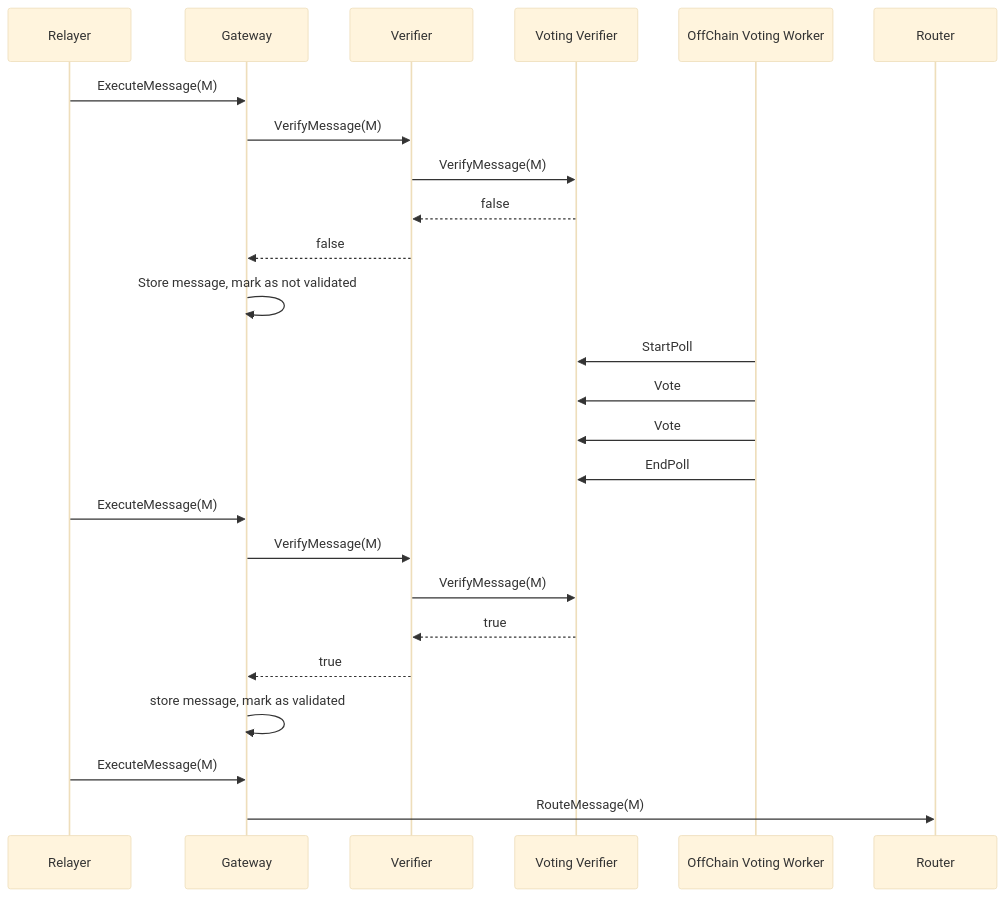
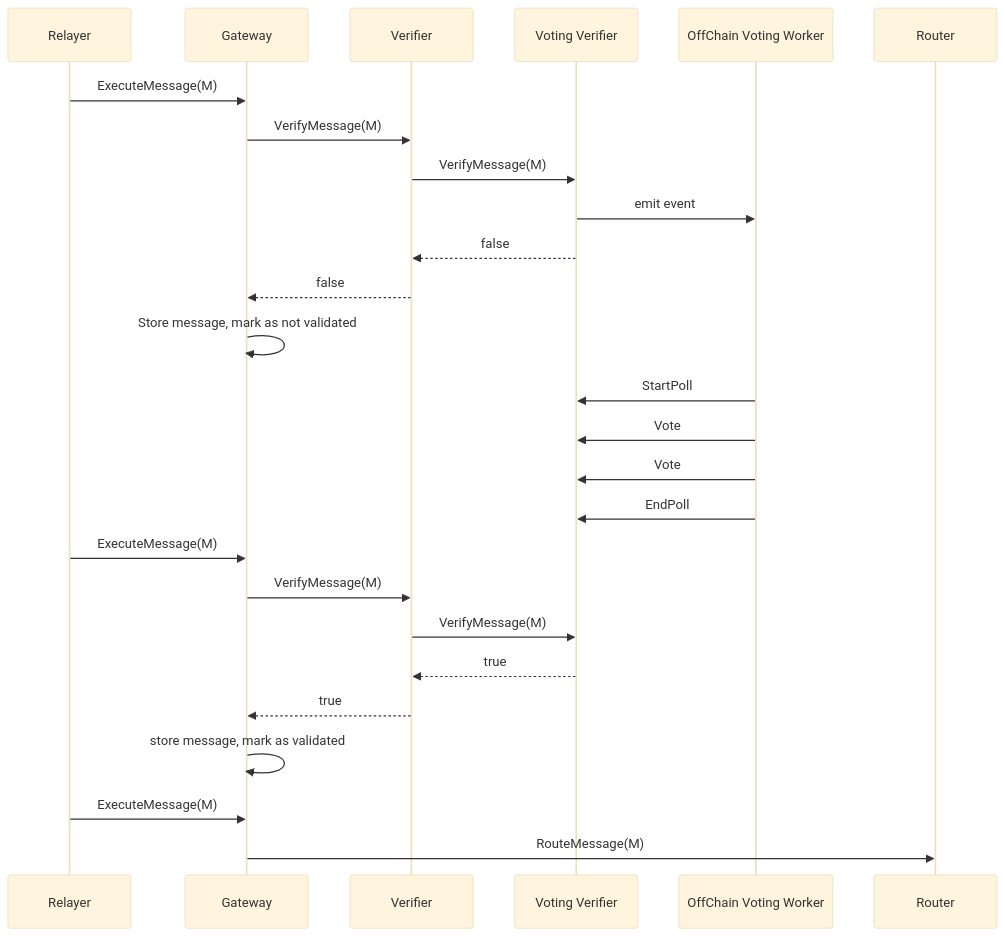
Before and after one commit to axelarnetwork/axelar-amplifier: the fifth of 15 diagrams in README.md, drawn with Mermaid (base theme). The commit also changed other lines of this file, not shown here.

Commit message:
show event emission

````diff
--- a/README.md
+++ b/README.md
@@ -122,30 +124,31 @@
 ```mermaid
 sequenceDiagram
     participant Relayer
     participant Gateway
     participant Verifier
     participant Voting Verifier
     participant OffChain Voting Worker
     participant Router
     Relayer->>Gateway: ExecuteMessage(M)
     Gateway->>Verifier: VerifyMessage(M)
     Verifier->>Voting Verifier: VerifyMessage(M)
+    Voting Verifier->>OffChain Voting Worker: emit event
     Voting Verifier-->>Verifier: false
     Verifier-->>Gateway: false
     Gateway->>Gateway: Store message, mark as not validated
     OffChain Voting Worker->>Voting Verifier: StartPoll
     OffChain Voting Worker->>Voting Verifier: Vote
     OffChain Voting Worker->>Voting Verifier: Vote
     OffChain Voting Worker->>Voting Verifier: EndPoll
 
 
     Relayer->>Gateway: ExecuteMessage(M)
     Gateway->>Verifier: VerifyMessage(M)
     Verifier->>Voting Verifier: VerifyMessage(M)
     Voting Verifier-->>Verifier: true
     Verifier-->>Gateway: true
     Gateway->>Gateway: store message, mark as validated
 
     Relayer->>Gateway: ExecuteMessage(M)
     Gateway->>Router: RouteMessage(M)
 ```
````
